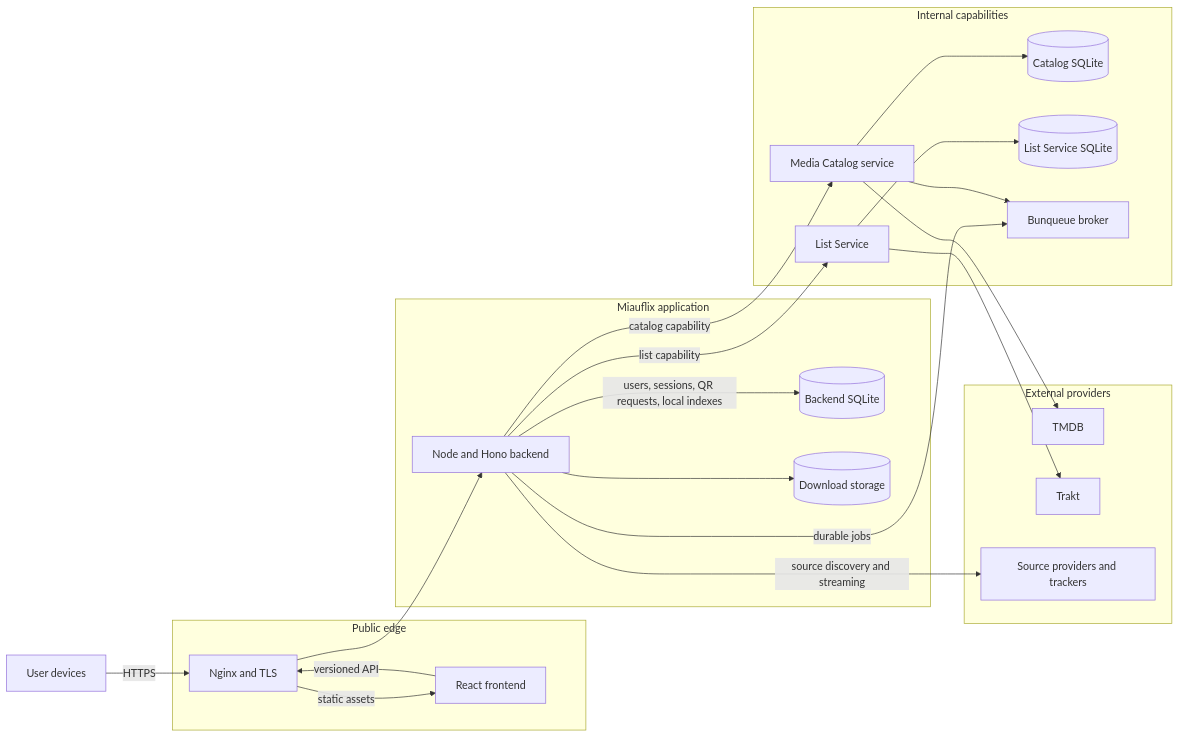
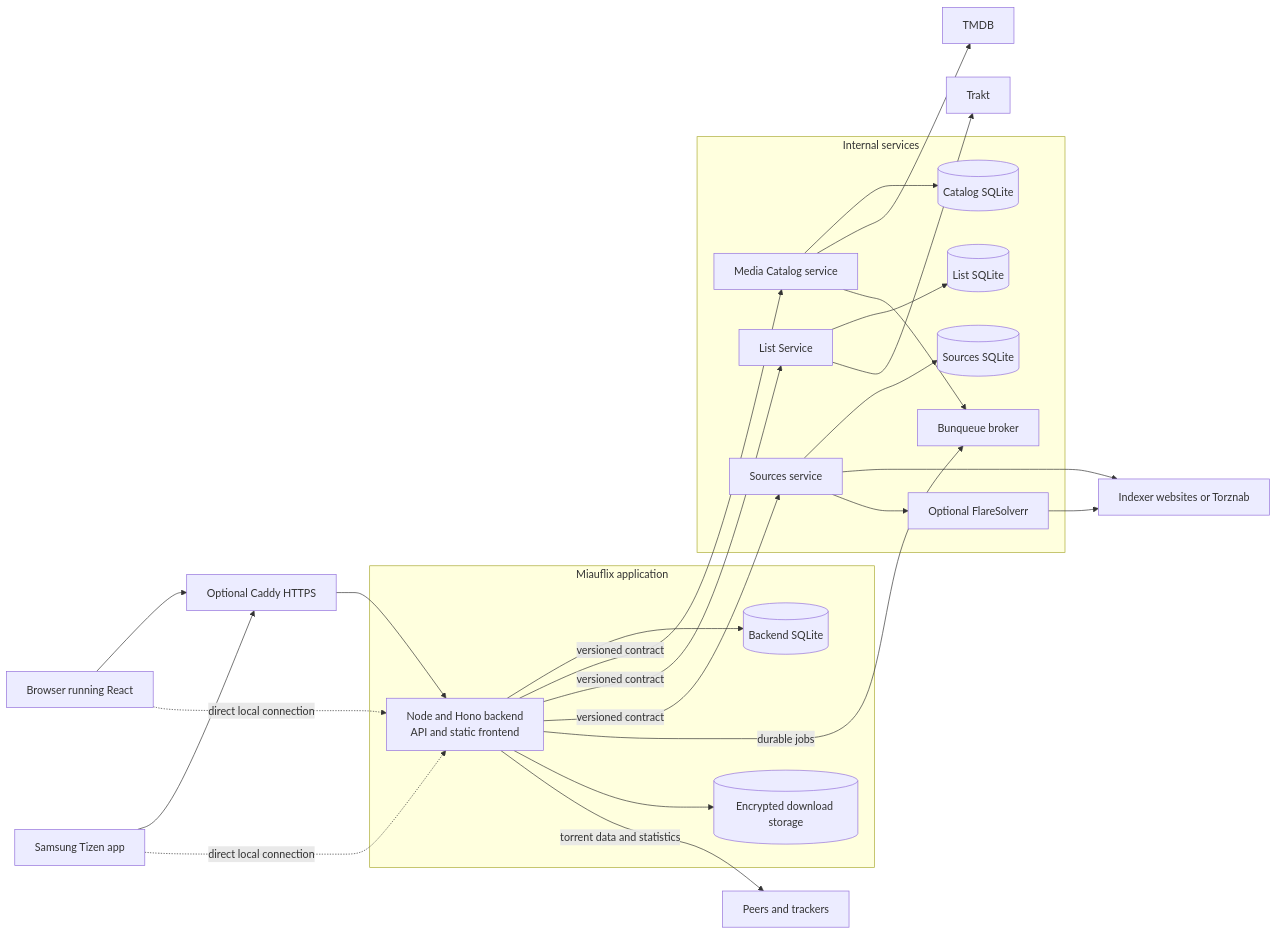
One commit to maury91/miauflix changed the first of 7 diagrams in docs/architecture/diagrams.md. Above: the diagram before and after it, drawn with Mermaid. The commit also changed other lines of this file and 39 other files, not shown here.

First line of the commit message:
docs: describe external source providers and current capabilities (#78)

````diff
--- a/docs/architecture/diagrams.md
+++ b/docs/architecture/diagrams.md
@@ -9,47 +9,45 @@
 ```mermaid
 flowchart LR
-  User[User devices]
+  Browser[Browser running React]
+  TV[Samsung Tizen app]
+  Edge[Optional Caddy HTTPS]
 
-  subgraph Edge[Public edge]
-    Nginx[Nginx and TLS]
-    Frontend[React frontend]
+  subgraph Core[Miauflix application]
+    Backend[Node and Hono backend<br/>API and static frontend]
+    BackendDB[(Backend SQLite)]
+    Downloads[(Encrypted download storage)]
   end
 
-  subgraph Core[Miauflix application]
-    Backend[Node and Hono backend]
-    BackendDB[(Backend SQLite)]
-    Downloads[(Download storage)]
-  end
-
-  subgraph Internal[Internal capabilities]
+  subgraph Internal[Internal services]
     Catalog[Media Catalog service]
     CatalogDB[(Catalog SQLite)]
     Lists[List Service]
-    ListDB[(List Service SQLite)]
+    ListDB[(List SQLite)]
+    Sources[Sources service]
+    SourceDB[(Sources SQLite)]
     Queue[Bunqueue broker]
+    Solver[Optional FlareSolverr]
   end
 
-  subgraph Providers[External providers]
-    TMDB[TMDB]
-    Trakt[Trakt]
-    Sources[Source providers and trackers]
-  end
-
-  User -->|HTTPS| Nginx
-  Nginx -->|static assets| Frontend
-  Frontend -->|versioned API| Nginx
-  Nginx --> Backend
-
-  Backend -->|users, sessions, QR requests, local indexes| BackendDB
-  Backend -->|catalog capability| Catalog
-  Backend -->|list capability| Lists
+  Browser --> Edge
+  TV --> Edge
+  Edge --> Backend
+  Browser -. direct local connection .-> Backend
+  TV -. direct local connection .-> Backend
+  Backend --> BackendDB
+  Backend -->|versioned contract| Catalog
+  Backend -->|versioned contract| Lists
+  Backend -->|versioned contract| Sources
   Backend -->|durable jobs| Queue
-  Backend -->|source discovery and streaming| Sources
   Backend --> Downloads
-
+  Backend -->|torrent data and statistics| Peers[Peers and trackers]
   Catalog --> CatalogDB
-  Catalog --> TMDB
+  Catalog --> TMDB[TMDB]
   Catalog --> Queue
   Lists --> ListDB
-  Lists --> Trakt
+  Lists --> Trakt[Trakt]
+  Sources --> SourceDB
+  Sources --> Indexers[Indexer websites or Torznab]
+  Sources --> Solver
+  Solver --> Indexers
 ```
````
